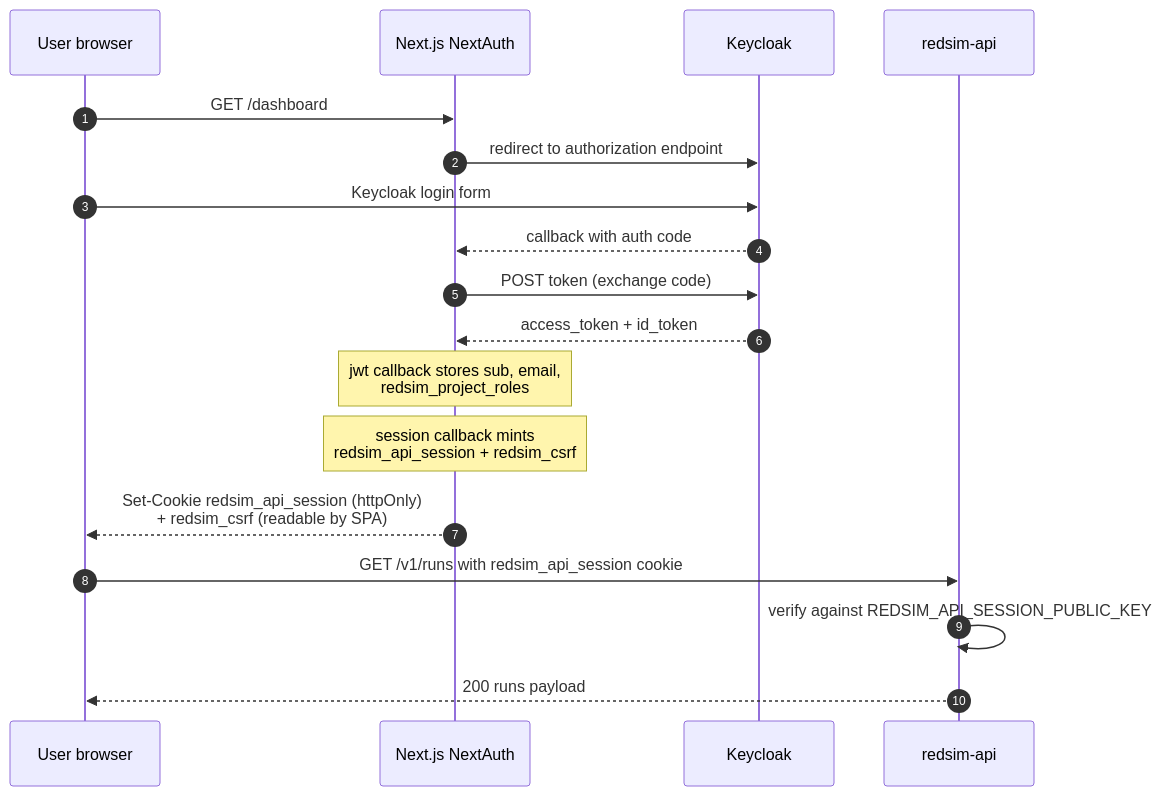
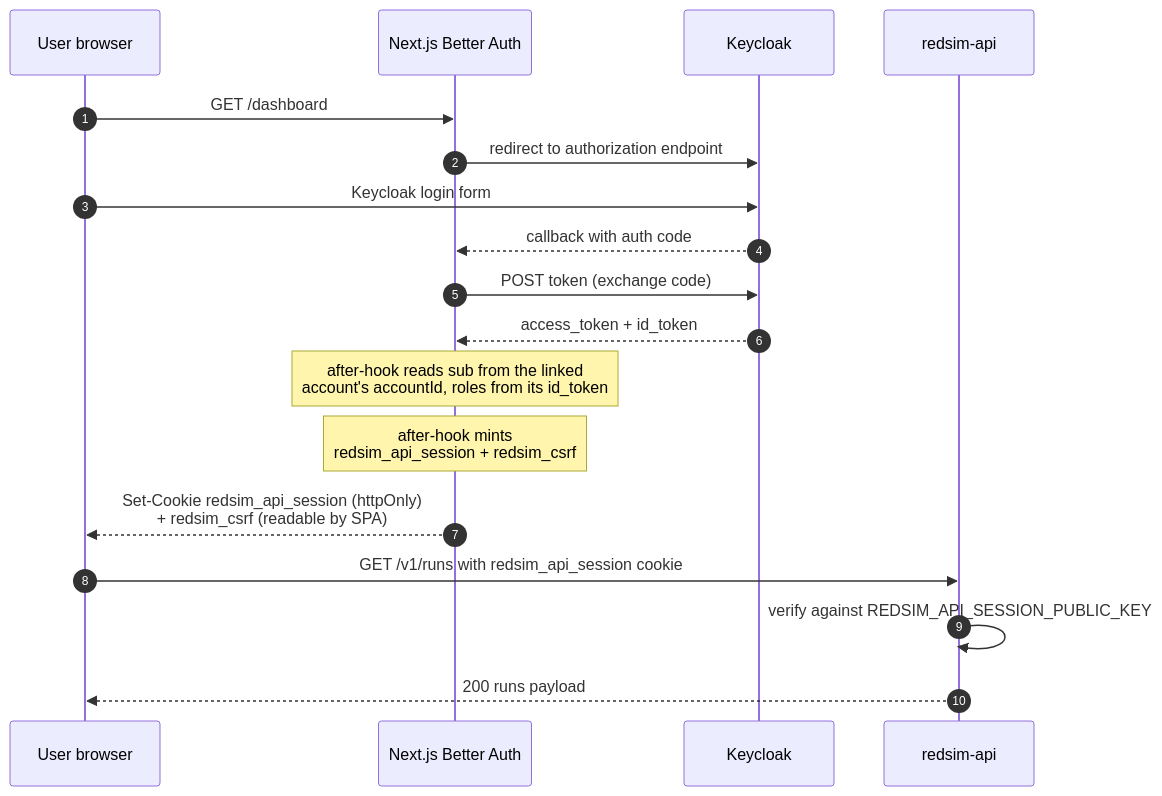
Before and after one commit to IntelliBridge/ndia-red-team-simulator: the first of 3 diagrams in docs/architecture/auth.md, drawn with Mermaid. The commit also changed other lines of this file and 71 other files, not shown here.

````diff
--- a/docs/architecture/auth.md
+++ b/docs/architecture/auth.md
@@ -35,22 +44,22 @@
 ```mermaid
 sequenceDiagram
     autonumber
     participant U as User browser
-    participant N as Next.js NextAuth
+    participant N as Next.js Better Auth
     participant K as Keycloak
     participant API as redsim-api
 
     U->>N: GET /dashboard
     N->>K: redirect to authorization endpoint
     U->>K: Keycloak login form
     K-->>N: callback with auth code
     N->>K: POST token (exchange code)
     K-->>N: access_token + id_token
-    Note over N: jwt callback stores sub, email,<br/>redsim_project_roles
-    Note over N: session callback mints<br/>redsim_api_session + redsim_csrf
+    Note over N: after-hook reads sub from the linked<br/>account's accountId, roles from its id_token
+    Note over N: after-hook mints<br/>redsim_api_session + redsim_csrf
     N-->>U: Set-Cookie redsim_api_session (httpOnly)<br/>+ redsim_csrf (readable by SPA)
 
     U->>API: GET /v1/runs with redsim_api_session cookie
     API->>API: verify against REDSIM_API_SESSION_PUBLIC_KEY
     API-->>U: 200 runs payload
 ```
````
